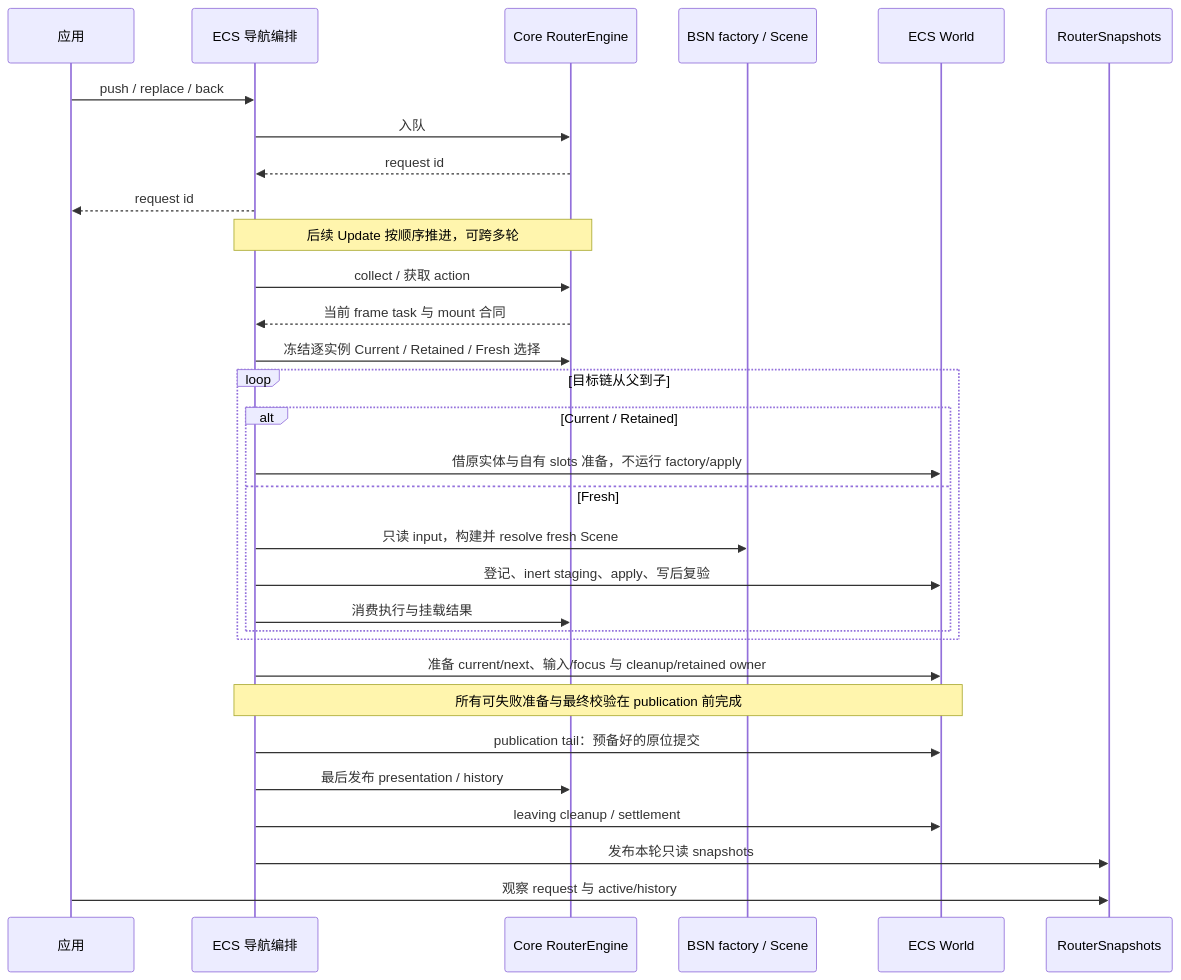
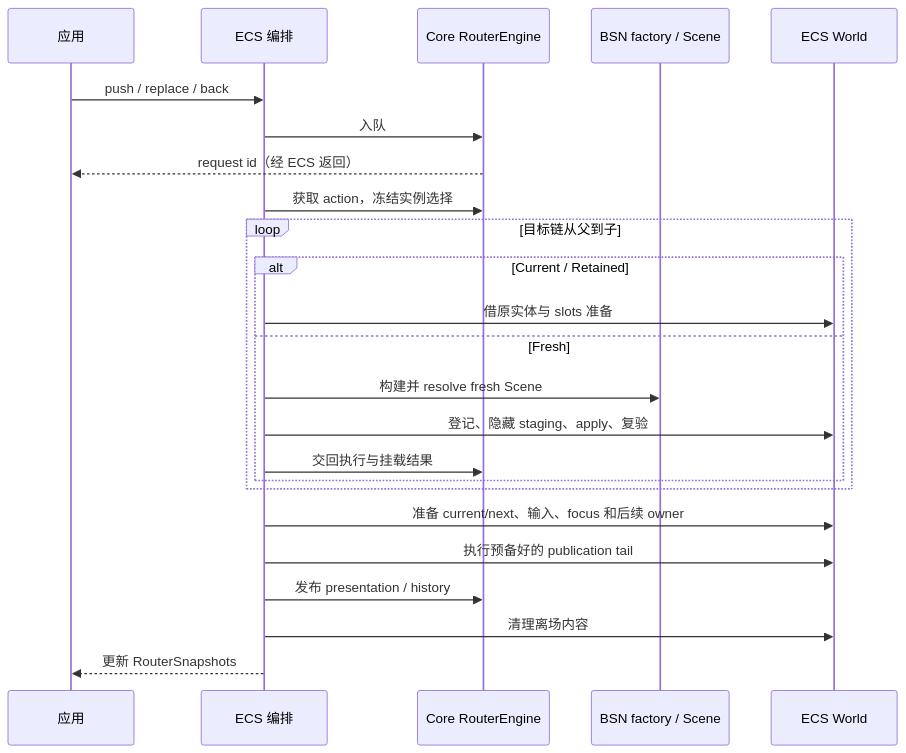
Before and after one commit to shengyusi-SYS/bevy_ui_router: the second of 3 diagrams in docs/architecture/runtime.md, drawn with Mermaid. The commit also changed other lines of this file and 167 other files, not shown here.

````diff
--- a/docs/architecture/runtime.md
+++ b/docs/architecture/runtime.md
@@ -50,33 +38,26 @@
 ```mermaid
 sequenceDiagram
     participant App as 应用
-    participant Nav as ECS 导航编排
+    participant Nav as ECS 编排
     participant Core as Core RouterEngine
     participant Scene as BSN factory / Scene
     participant World as ECS World
-    participant Snap as RouterSnapshots
     App->>Nav: push / replace / back
     Nav->>Core: 入队
-    Core-->>Nav: request id
-    Nav-->>App: request id
-    Note over Nav,Core: 后续 Update 按顺序推进，可跨多轮
-    Nav->>Core: collect / 获取 action
-    Core-->>Nav: 当前 frame task 与 mount 合同
-    Nav->>Core: 冻结逐实例 Current / Retained / Fresh 选择
+    Core-->>App: request id（经 ECS 返回）
+    Nav->>Core: 获取 action，冻结实例选择
     loop 目标链从父到子
         alt Current / Retained
-            Nav->>World: 借原实体与自有 slots 准备，不运行 factory/apply
+            Nav->>World: 借原实体与 slots 准备
         else Fresh
-            Nav->>Scene: 只读 input，构建并 resolve fresh Scene
-            Nav->>World: 登记、inert staging、apply、写后复验
-            Nav->>Core: 消费执行与挂载结果
+            Nav->>Scene: 构建并 resolve fresh Scene
+            Nav->>World: 登记、隐藏 staging、apply、复验
+            Nav->>Core: 交回执行与挂载结果
         end
     end
-    Nav->>World: 准备 current/next、输入/focus 与 cleanup/retained owner
-    Note over Nav,World: 所有可失败准备与最终校验在 publication 前完成
-    Nav->>World: publication tail：预备好的原位提交
-    Nav->>Core: 最后发布 presentation / history
-    Nav->>World: leaving cleanup / settlement
-    Nav->>Snap: 发布本轮只读 snapshots
-    App->>Snap: 观察 request 与 active/history
+    Nav->>World: 准备 current/next、输入、focus 和后续 owner
+    Nav->>World: 执行预备好的 publication tail
+    Nav->>Core: 发布 presentation / history
+    Nav->>World: 清理离场内容
+    Nav-->>App: 更新 RouterSnapshots
 ```
````
